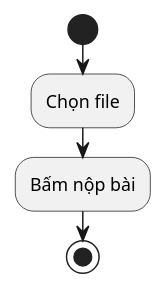
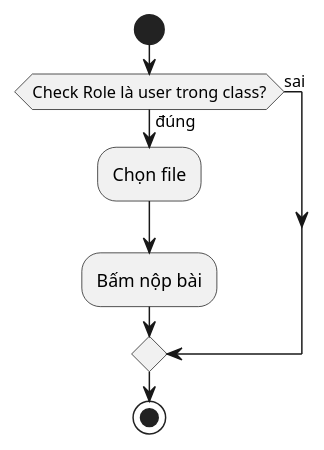
One commit to lamhan3012cmvn/Document__2School changed the diagram in Documents/Activiti/Assignment/Lam_Assignment/index.puml. Above: the diagram before and after it, drawn with PlantUML. The commit also changed 16 other files, not shown here.

```diff
--- a/Documents/Activiti/Assignment/Lam_Assignment/index.puml
+++ b/Documents/Activiti/Assignment/Lam_Assignment/index.puml
@@ -1,6 +1,10 @@
 @startuml LamAssignment
 start
-:Chọn file;
-:Bấm nộp bài;
+if (Check Role là user trong class?) is (đúng) then
+    :Chọn file;
+    :Bấm nộp bài;
+else (sai) 
+
+endif
 stop
 @enduml
```
